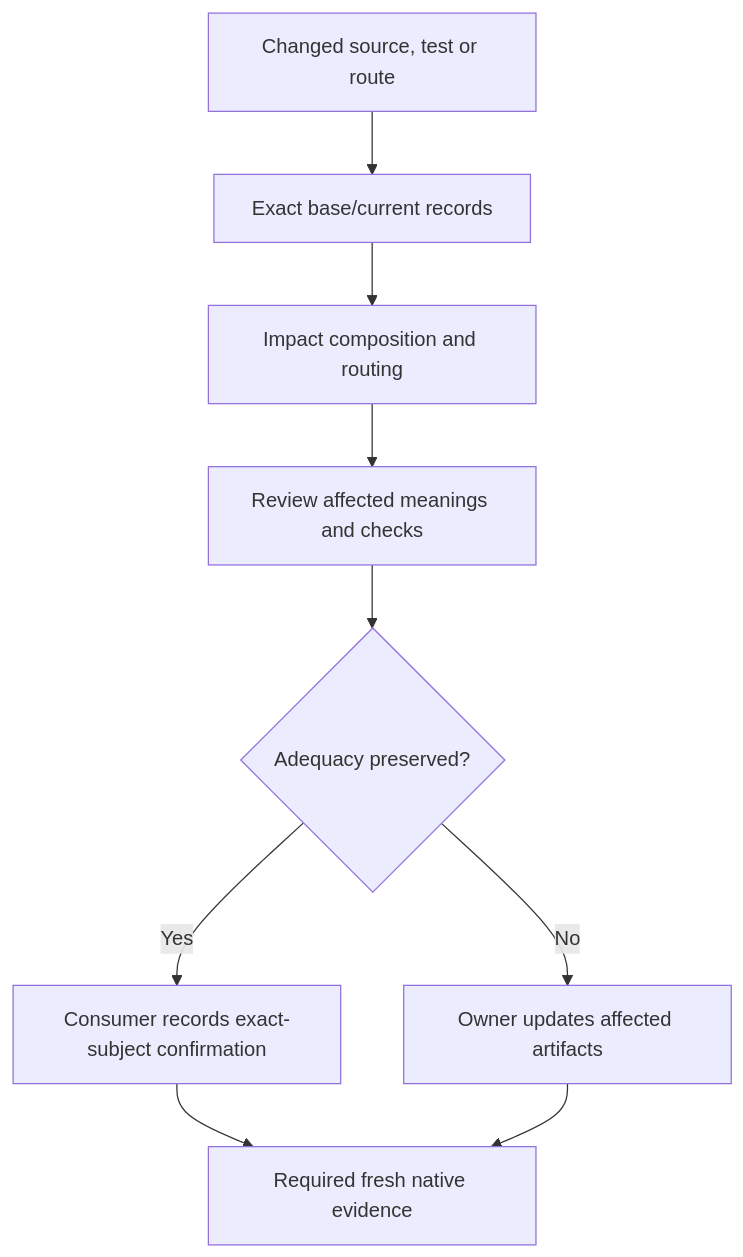
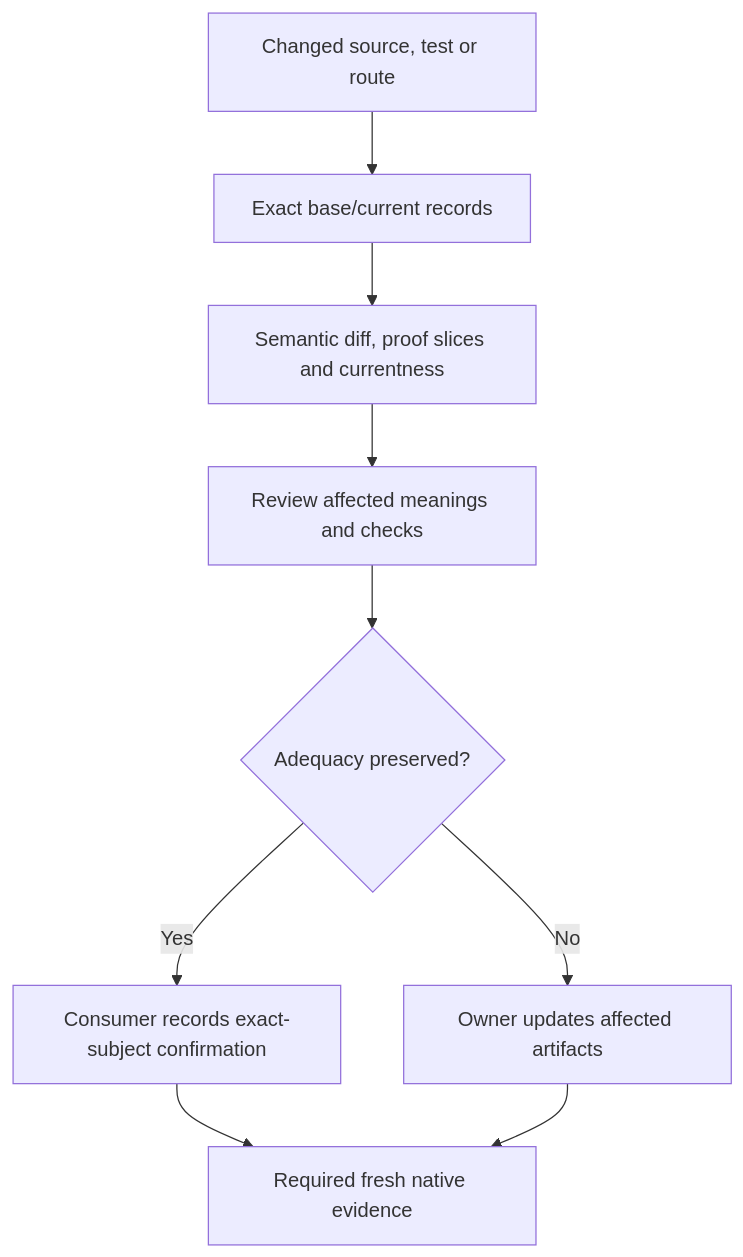
The second of 2 diagrams in ADOPTION.md (research-engineering/agentic-proofkit), drawn with Mermaid before and after one commit. The commit also changed other lines of this file and 29 other files, not shown here.

````diff
--- a/ADOPTION.md
+++ b/ADOPTION.md
@@ -538,11 +538,11 @@
 ```mermaid
 flowchart TB
     Change["Changed source, test or route"] --> Facts["Exact base/current records"]
-    Facts --> Impact["Impact composition and routing"]
+    Facts --> Impact["Semantic diff, proof slices and currentness"]
     Impact --> Review["Review affected meanings and checks"]
     Review --> Decision{"Adequacy preserved?"}
     Decision -->|Yes| Confirm["Consumer records exact-subject confirmation"]
     Decision -->|No| Update["Owner updates affected artifacts"]
     Confirm --> Run["Required fresh native evidence"]
     Update --> Run
 ```
````
